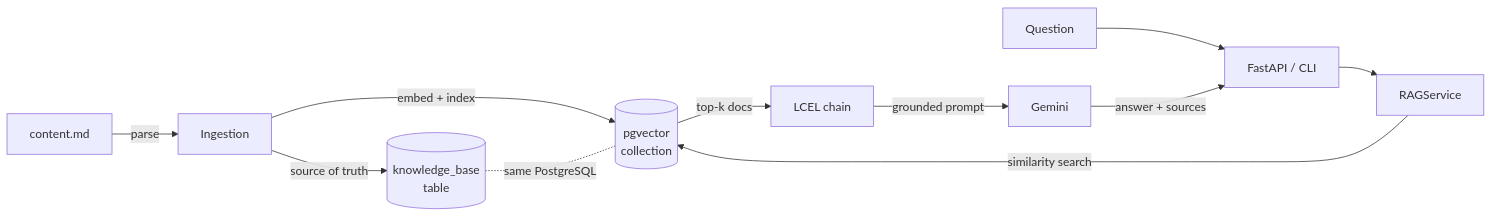
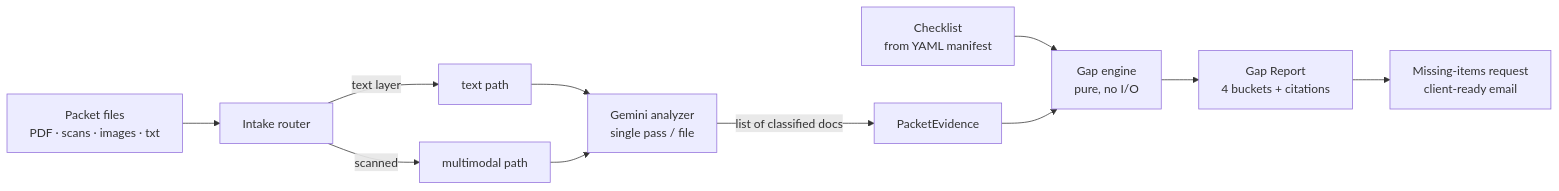
One commit to Mohamed-AH/rag changed the diagram in README.md. Above: the diagram before and after it, drawn with Mermaid. The commit also changed other lines of this file and 2 other files, not shown here.

First line of the commit message:
Docs (Phase 2): rewrite README + ARCHITECTURE around the auditor

````diff
--- a/README.md
+++ b/README.md
@@ -22,14 +39,12 @@
 ```mermaid
 flowchart LR
-    MD[content.md] -->|parse| ING[Ingestion]
-    ING -->|source of truth| KB[(knowledge_base<br/>table)]
-    ING -->|embed + index| VEC[(pgvector<br/>collection)]
-    KB -.same PostgreSQL.- VEC
-
-    Q[Question] --> API[FastAPI / CLI]
-    API --> SVC[RAGService]
-    SVC -->|similarity search| VEC
-    VEC -->|top-k docs| CHAIN[LCEL chain]
-    CHAIN -->|grounded prompt| LLM[Gemini]
-    LLM -->|answer + sources| API
+    F[Packet files<br/>PDF · scans · images · txt] --> R[Intake router]
+    R -->|text layer| TP[text path]
+    R -->|scanned| MP[multimodal path]
+    TP & MP --> A[Gemini analyzer<br/>single pass / file]
+    A -->|list of classified docs| EV[PacketEvidence]
+    CK[Checklist<br/>from YAML manifest] --> ENG
+    EV --> ENG[Gap engine<br/>pure, no I/O]
+    ENG --> GR[Gap Report<br/>4 buckets + citations]
+    GR --> REQ[Missing-items request<br/>client-ready email]
 ```
````
